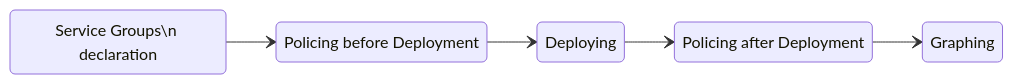
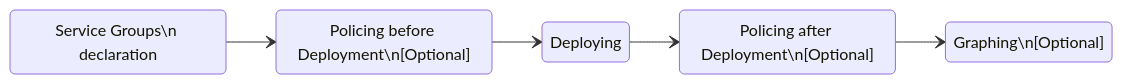
Before and after one commit to jldupont/pygcloud: the diagram in README.md, drawn with Mermaid. The commit also changed 3 other files, not shown here.

Commit message:
adjustments to the graph doc

````diff
--- a/README.md
+++ b/README.md
@@ -123,15 +123,15 @@
 ```mermaid
 stateDiagram-v2
     direction LR
 
     state "Service Groups\n declaration" as SG
-    state "Policing before Deployment" as PB
-    state "Policing after Deployment" as PA
+    state "Policing before Deployment\n[Optional]" as PB
+    state "Policing after Deployment\n[Optional]" as PA
     state "Deploying" as D
-    state "Graphing" as G
+    state "Graphing\n[Optional]" as G
 
     SG --> PB 
     PB --> D
     D --> PA
     PA --> G
 ```
````
